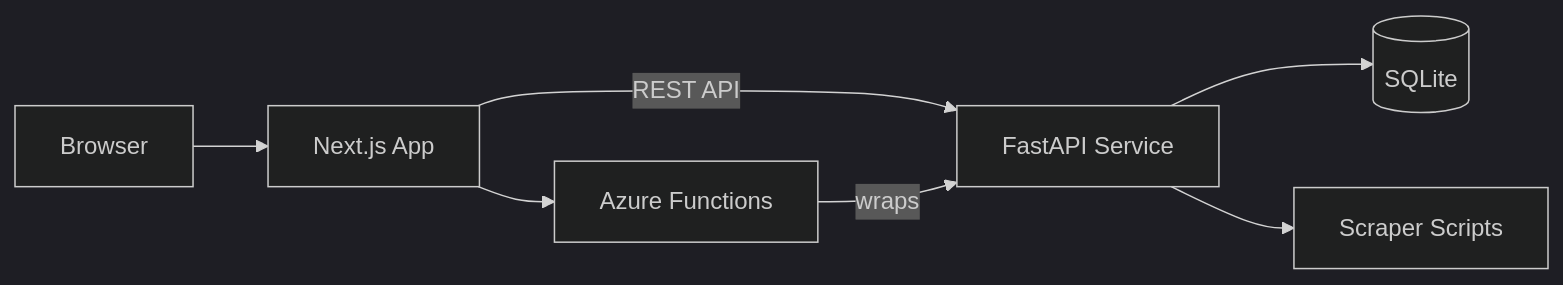
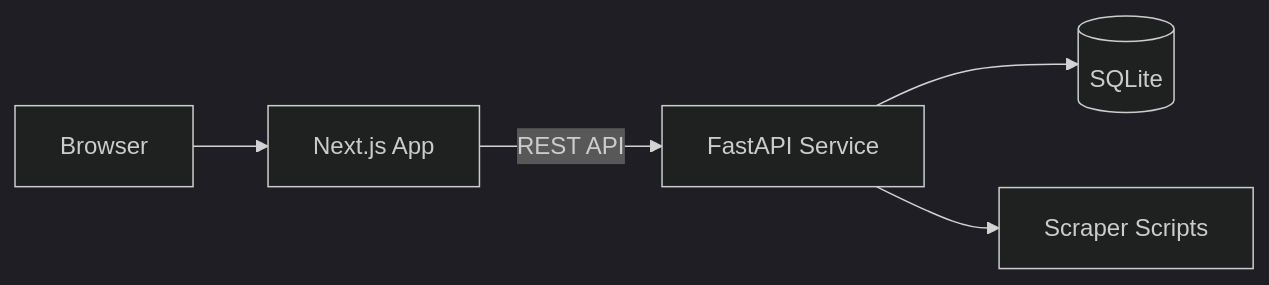
Before and after one commit to QualitySushi/osrs-simulator: the diagram in docs/ARCHITECTURE.md, drawn with Mermaid (dark theme). The commit also changed other lines of this file and 33 other files, not shown here.

````diff
--- a/docs/ARCHITECTURE.md
+++ b/docs/ARCHITECTURE.md
@@ -7,9 +7,7 @@
 ```mermaid
 flowchart LR
     User["Browser"] --> Frontend
     Frontend["Next.js App"] -->|REST API| Backend
     Backend["FastAPI Service"] --> Database[(SQLite)]
     Backend --> Webscraper["Scraper Scripts"]
-    Frontend --> AzureFunctions["Azure Functions"]
-    AzureFunctions -->|wraps| Backend
 ```
````
